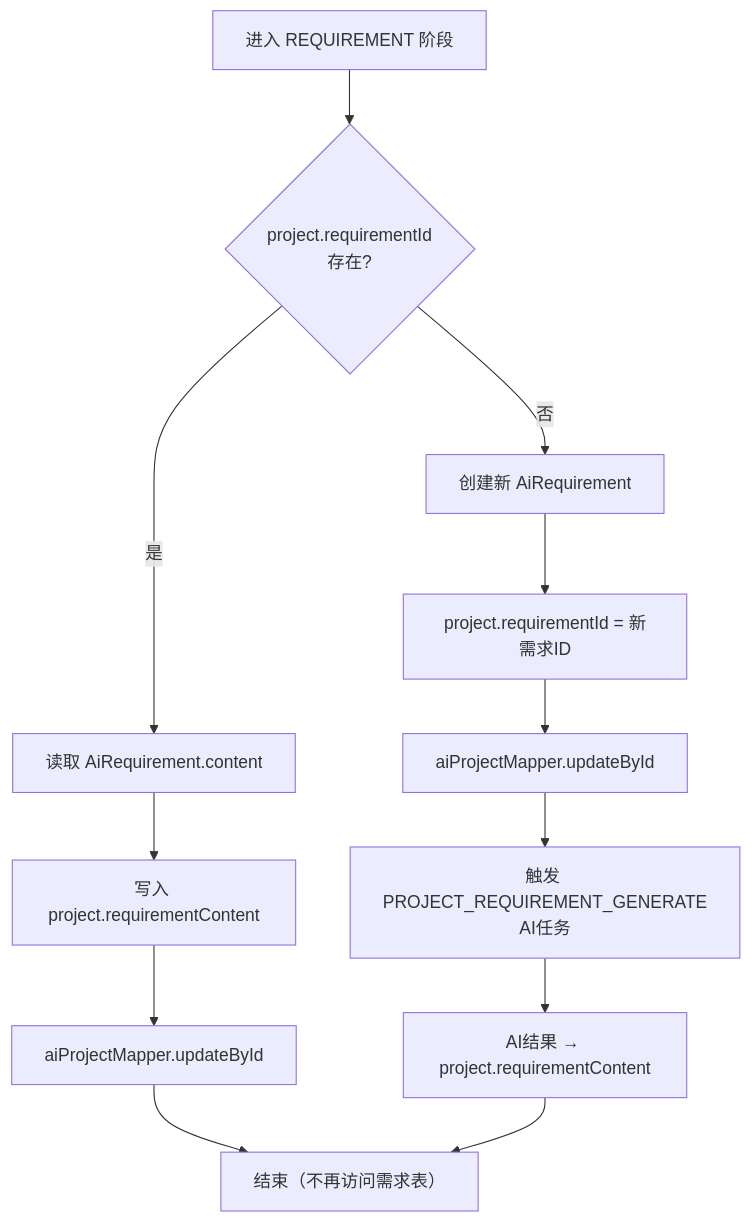
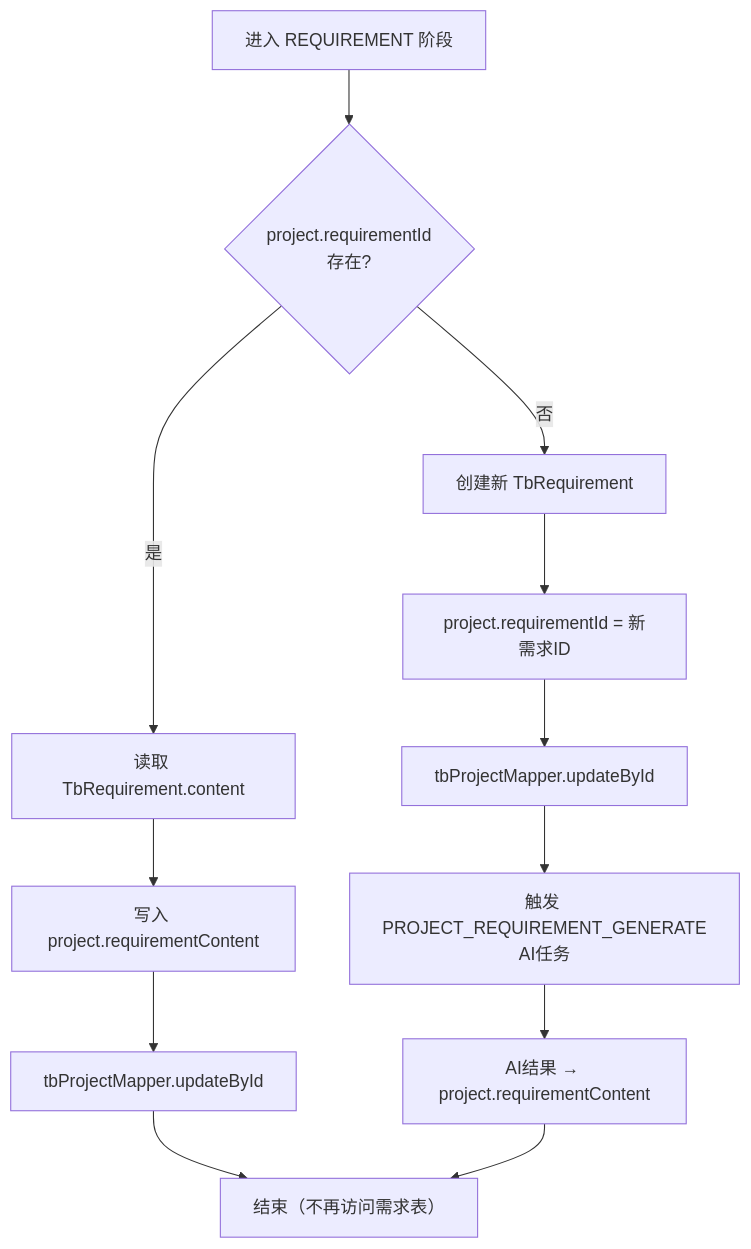
Before and after one commit to DrunkFood/First: the third of 3 diagrams in docs/rules/PHASE_FLOW_SPEC.md, drawn with Mermaid. The commit also changed other lines of this file and 20 other files, not shown here.

````diff
--- a/docs/rules/PHASE_FLOW_SPEC.md
+++ b/docs/rules/PHASE_FLOW_SPEC.md
@@ -91,14 +91,14 @@
 ```mermaid
 flowchart TD
     START["进入 REQUIREMENT 阶段"] --> CHECK{"project.requirementId\n存在?"}
-    CHECK -->|是| COPY["读取 AiRequirement.content"]
+    CHECK -->|是| COPY["读取 TbRequirement.content"]
     COPY --> SAVE["写入 project.requirementContent"]
-    SAVE --> UPDATE["aiProjectMapper.updateById"]
+    SAVE --> UPDATE["tbProjectMapper.updateById"]
     UPDATE --> END["结束（不再访问需求表）"]
-    CHECK -->|否| CREATE["创建新 AiRequirement"]
+    CHECK -->|否| CREATE["创建新 TbRequirement"]
     CREATE --> LINK["project.requirementId = 新需求ID"]
-    LINK --> UPDATE2["aiProjectMapper.updateById"]
+    LINK --> UPDATE2["tbProjectMapper.updateById"]
     UPDATE2 --> AI["触发 PROJECT_REQUIREMENT_GENERATE\nAI任务"]
     AI --> END2["AI结果 → project.requirementContent"]
     END2 --> END
 ```
````
